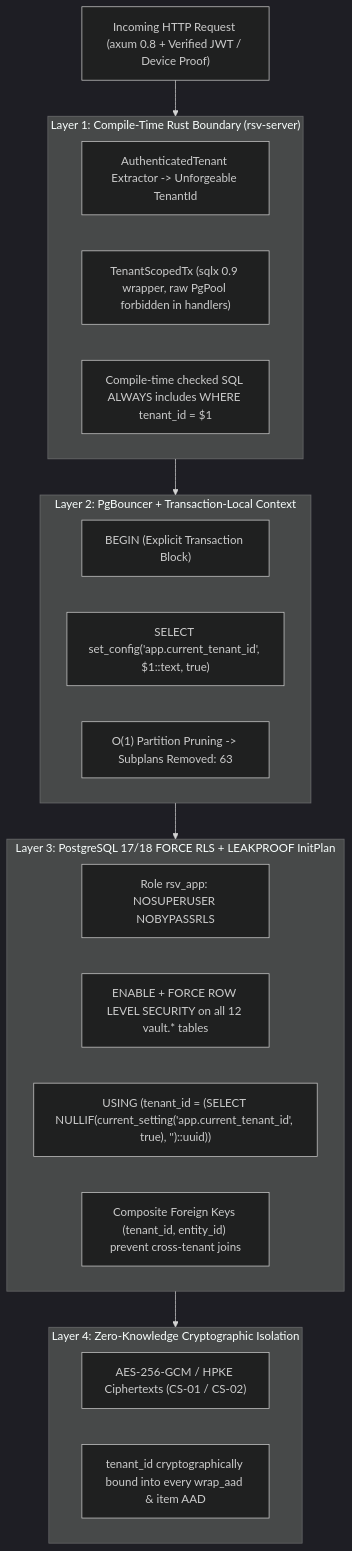
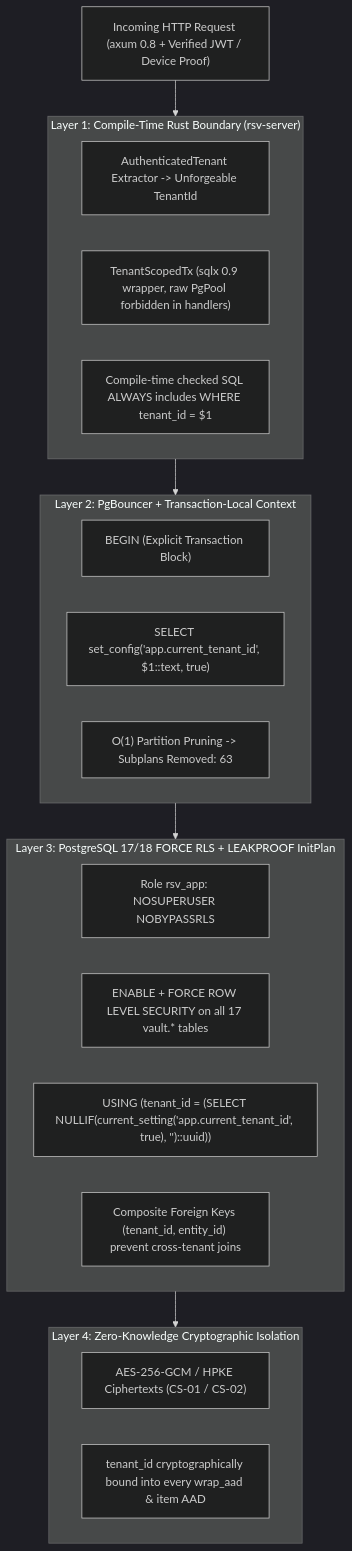
One commit to KelpHect/ZK-Vault changed the first of 2 diagrams in specs/05-MULTI-TENANT-DATABASE.md. Above: the diagram before and after it, drawn with Mermaid (dark theme). The commit also changed other lines of this file and 5 other files, not shown here.

````diff
--- a/specs/05-MULTI-TENANT-DATABASE.md
+++ b/specs/05-MULTI-TENANT-DATABASE.md
@@ -40,30 +40,30 @@
 ```mermaid
 flowchart TB
     Req["Incoming HTTP Request (axum 0.8 + Verified JWT / Device Proof)"] --> L1
 
     subgraph L1["Layer 1: Compile-Time Rust Boundary (rsv-server)"]
         Extractor["AuthenticatedTenant Extractor -> Unforgeable TenantId"]
         TxWrapper["TenantScopedTx (sqlx 0.9 wrapper, raw PgPool forbidden in handlers)"]
         ExplicitPred["Compile-time checked SQL ALWAYS includes WHERE tenant_id = $1"]
     end
 
     subgraph L2["Layer 2: PgBouncer + Transaction-Local Context"]
         BeginTx["BEGIN (Explicit Transaction Block)"]
         SetConfig["SELECT set_config('app.current_tenant_id', $1::text, true)"]
         Prune["O(1) Partition Pruning -> Subplans Removed: 63"]
     end
 
     subgraph L3["Layer 3: PostgreSQL 17/18 FORCE RLS + LEAKPROOF InitPlan"]
         RoleGuard["Role rsv_app: NOSUPERUSER NOBYPASSRLS"]
-        ForceRLS["ENABLE + FORCE ROW LEVEL SECURITY on all 12 vault.* tables"]
+        ForceRLS["ENABLE + FORCE ROW LEVEL SECURITY on all 17 vault.* tables"]
         Policy["USING (tenant_id = (SELECT NULLIF(current_setting('app.current_tenant_id', true), '')::uuid))"]
         FKGuard["Composite Foreign Keys (tenant_id, entity_id) prevent cross-tenant joins"]
     end
 
     subgraph L4["Layer 4: Zero-Knowledge Cryptographic Isolation"]
         AEAD["AES-256-GCM / HPKE Ciphertexts (CS-01 / CS-02)"]
         AAD["tenant_id cryptographically bound into every wrap_aad & item AAD"]
     end
 
     L1 --> L2 --> L3 --> L4
 ```
````
